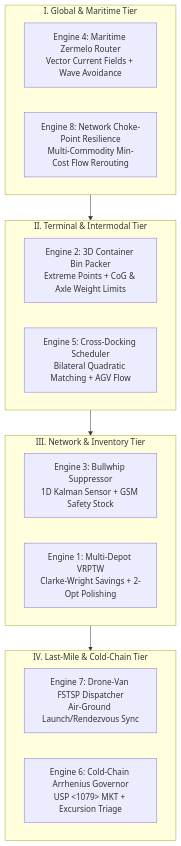
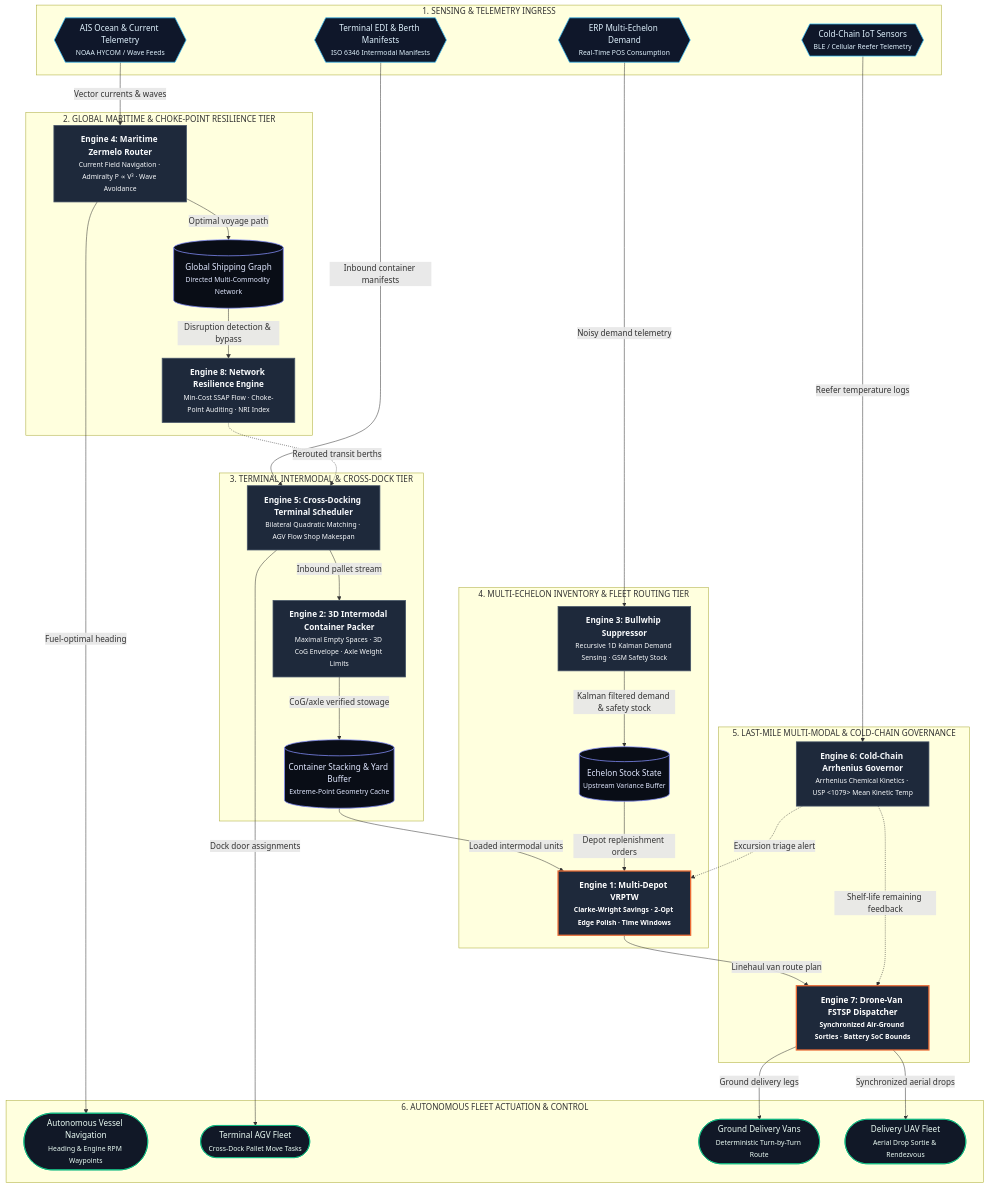
The first of 3 diagrams in README.md (AAH20/apex-autonomous-logistics-platform), drawn with Mermaid before and after one commit. The commit also changed other lines of this file, not shown here.

Commit message:
docs: fix LaTeX math mode and elevate professional mermaid architectures

````diff
--- a/README.md
+++ b/README.md
@@ -22,26 +25,78 @@
 ```mermaid
 flowchart TD
-    subgraph GLOBAL["I. Global & Maritime Tier"]
-        MARITIME["Engine 4: Maritime Zermelo Router<br>Vector Current Fields + Wave Avoidance"]
-        RESILIENCE["Engine 8: Network Choke-Point Resilience<br>Multi-Commodity Min-Cost Flow Rerouting"]
+    %% Styling tokens inspired by Cathryn Lavery Diagram Design
+    classDef default fill:#1e293b,stroke:#475569,stroke-width:1.5px,color:#f8fafc;
+    classDef focal fill:#1e293b,stroke:#eb6c36,stroke-width:2.5px,color:#ffffff,font-weight:bold;
+    classDef telemetry fill:#0f172a,stroke:#38bdf8,stroke-width:1.5px,color:#e0f2fe;
+    classDef store fill:#090d16,stroke:#818cf8,stroke-width:1.5px,color:#e0e7ff;
+    classDef fleet fill:#111827,stroke:#10b981,stroke-width:1.5px,color:#ecfdf5;
+
+    %% Ingestion Telemetry Layer
+    subgraph INGESTION["1. SENSING & TELEMETRY INGRESS"]
+        AIS_STREAM{{"AIS Ocean & Current Telemetry<br/><small>NOAA HYCOM / Wave Feeds</small>"}}:::telemetry
+        EDI_STREAM{{"Terminal EDI & Berth Manifests<br/><small>ISO 6346 Intermodal Manifests</small>"}}:::telemetry
+        ERP_STREAM{{"ERP Multi-Echelon Demand<br/><small>Real-Time POS Consumption</small>"}}:::telemetry
+        IOT_STREAM{{"Cold-Chain IoT Sensors<br/><small>BLE / Cellular Reefer Telemetry</small>"}}:::telemetry
     end
 
-    subgraph INTERMODAL["II. Terminal & Intermodal Tier"]
-        CONTAINER["Engine 2: 3D Container Bin Packer<br>Extreme Points + CoG & Axle Weight Limits"]
-        CROSSDOCK["Engine 5: Cross-Docking Scheduler<br>Bilateral Quadratic Matching + AGV Flow"]
+    %% Global Maritime & Network Resilience Tier
+    subgraph TIER_GLOBAL["2. GLOBAL MARITIME & CHOKE-POINT RESILIENCE TIER"]
+        M4["<b>Engine 4: Maritime Zermelo Router</b><br/><small>Current Field Navigation · Admiralty P ∝ V³ · Wave Avoidance</small>"]:::default
+        M8["<b>Engine 8: Network Resilience Engine</b><br/><small>Min-Cost SSAP Flow · Choke-Point Auditing · NRI Index</small>"]:::default
+        GLOBAL_GRAPH[("Global Shipping Graph<br/><small>Directed Multi-Commodity Network</small>")]:::store
     end
 
-    subgraph NETWORK["III. Network & Inventory Tier"]
-        BULLWHIP["Engine 3: Bullwhip Suppressor<br>1D Kalman Sensor + GSM Safety Stock"]
-        VRPTW["Engine 1: Multi-Depot VRPTW<br>Clarke-Wright Savings + 2-Opt Polishing"]
+    %% Terminal Cross-Docking & Container Packing Tier
+    subgraph TIER_TERMINAL["3. TERMINAL INTERMODAL & CROSS-DOCK TIER"]
+        M2["<b>Engine 2: 3D Intermodal Container Packer</b><br/><small>Maximal Empty Spaces · 3D CoG Envelope · Axle Weight Limits</small>"]:::default
+        M5["<b>Engine 5: Cross-Docking Terminal Scheduler</b><br/><small>Bilateral Quadratic Matching · AGV Flow Shop Makespan</small>"]:::default
+        TERMINAL_BAY[("Container Stacking & Yard Buffer<br/><small>Extreme-Point Geometry Cache</small>")]:::store
     end
 
-    subgraph LASTMILE["IV. Last-Mile & Cold-Chain Tier"]
-        DRONE["Engine 7: Drone-Van FSTSP Dispatcher<br>Air-Ground Launch/Rendezvous Sync"]
-        COLDCHAIN["Engine 6: Cold-Chain Arrhenius Governor<br>USP &lt;1079&gt; MKT + Excursion Triage"]
+    %% Multi-Echelon Inventory & Fleet Routing Tier
+    subgraph TIER_NETWORK["4. MULTI-ECHELON INVENTORY & FLEET ROUTING TIER"]
+        M3["<b>Engine 3: Bullwhip Suppressor</b><br/><small>Recursive 1D Kalman Demand Sensing · GSM Safety Stock</small>"]:::default
+        M1["<b>Engine 1: Multi-Depot VRPTW</b><br/><small>Clarke-Wright Savings · 2-Opt Edge Polish · Time Windows</small>"]:::focal
+        INVENTORY_STATE[("Echelon Stock State<br/><small>Upstream Variance Buffer</small>")]:::store
     end
 
-    GLOBAL --> INTERMODAL
-    INTERMODAL --> NETWORK
-    NETWORK --> LASTMILE
+    %% Last-Mile Multi-Modal & Cold-Chain Governance Tier
+    subgraph TIER_LASTMILE["5. LAST-MILE MULTI-MODAL & COLD-CHAIN GOVERNANCE"]
+        M7["<b>Engine 7: Drone-Van FSTSP Dispatcher</b><br/><small>Synchronized Air-Ground Sorties · Battery SoC Bounds</small>"]:::focal
+        M6["<b>Engine 6: Cold-Chain Arrhenius Governor</b><br/><small>Arrhenius Chemical Kinetics · USP &lt;1079&gt; Mean Kinetic Temp</small>"]:::default
+    end
+
+    %% Fleet Actuation Layer
+    subgraph FLEET["6. AUTONOMOUS FLEET ACTUATION & CONTROL"]
+        VESSEL_ACT(["Autonomous Vessel Navigation<br/><small>Heading & Engine RPM Waypoints</small>"]):::fleet
+        AGV_ACT(["Terminal AGV Fleet<br/><small>Cross-Dock Pallet Move Tasks</small>"]):::fleet
+        VAN_ACT(["Ground Delivery Vans<br/><small>Deterministic Turn-by-Turn Route</small>"]):::fleet
+        DRONE_ACT(["Delivery UAV Fleet<br/><small>Aerial Drop Sortie & Rendezvous</small>"]):::fleet
+    end
+
+    %% Flow Connections & Pipeline Data Flow
+    AIS_STREAM -->|Vector currents & waves| M4
+    EDI_STREAM -->|Inbound container manifests| M5
+    ERP_STREAM -->|Noisy demand telemetry| M3
+    IOT_STREAM -->|Reefer temperature logs| M6
+
+    M4 -->|Optimal voyage path| GLOBAL_GRAPH
+    GLOBAL_GRAPH -->|Disruption detection & bypass| M8
+    M8 -.->|Rerouted transit berths| M5
+
+    M5 -->|Dock door assignments| AGV_ACT
+    M5 -->|Inbound pallet stream| M2
+    M2 -->|CoG/axle verified stowage| TERMINAL_BAY
+    TERMINAL_BAY -->|Loaded intermodal units| M1
+
+    M3 -->|Kalman filtered demand & safety stock| INVENTORY_STATE
+    INVENTORY_STATE -->|Depot replenishment orders| M1
+
+    M1 -->|Linehaul van route plan| M7
+    M7 -->|Ground delivery legs| VAN_ACT
+    M7 -->|Synchronized aerial drops| DRONE_ACT
+    M4 -->|Fuel-optimal heading| VESSEL_ACT
+
+    M6 -.->|Excursion triage alert| M1
+    M6 -.->|Shelf-life remaining feedback| M7
 ```
````
